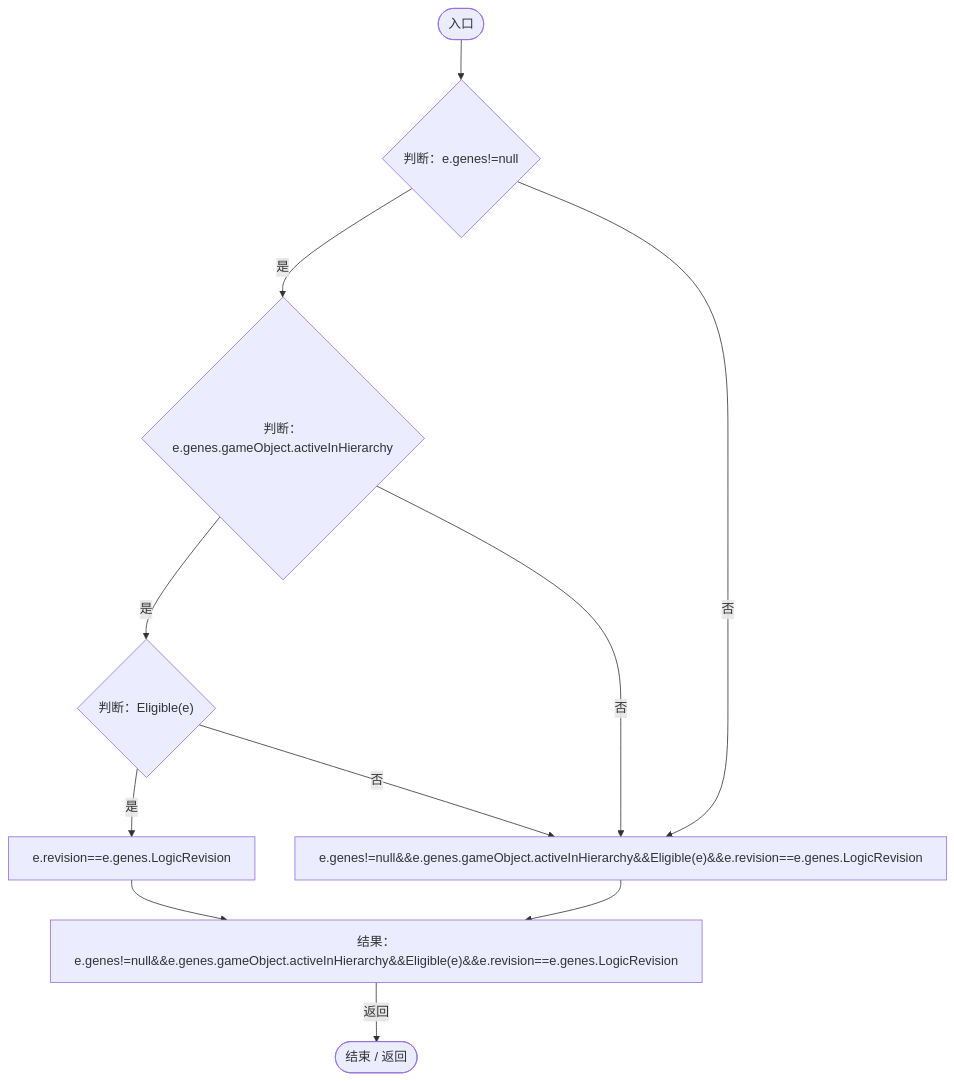
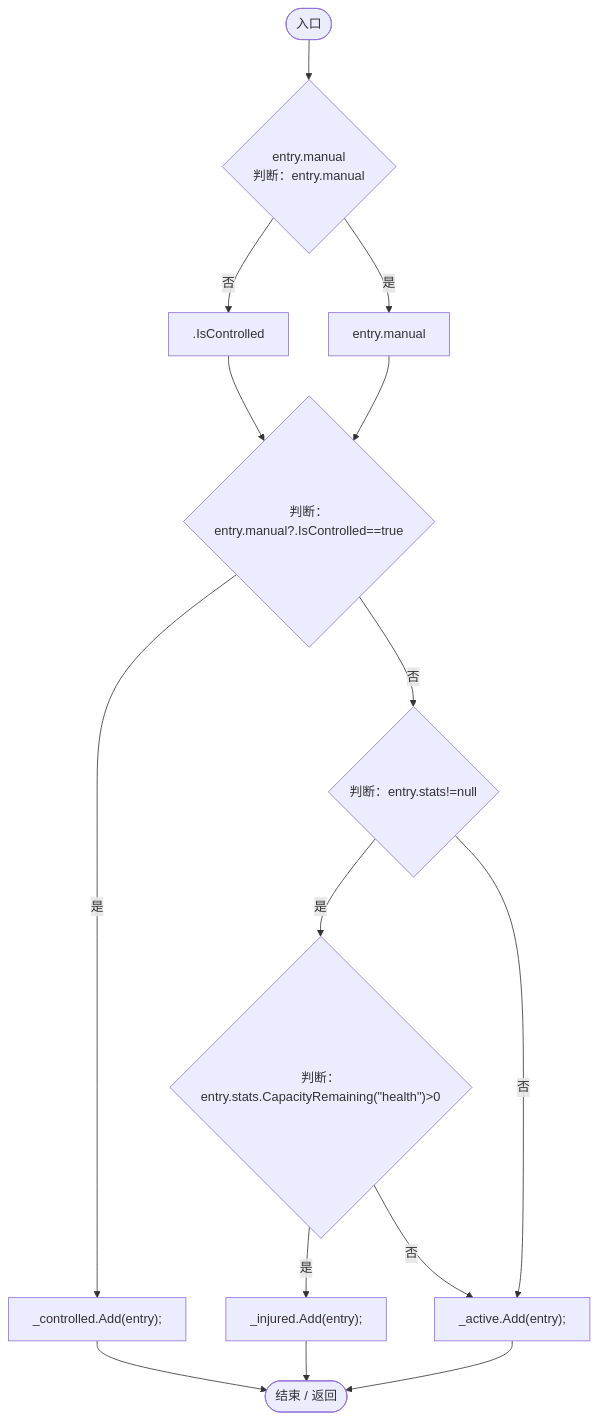
One commit to xhs6666/Darwin_paradise changed diagram 28 of 34 in Docs/运行流程图/脚本/465ccdbb260bcac2.md. Above: the diagram before and after it, drawn with Mermaid. The commit also changed other lines of this file and 30 other files, not shown here.

````diff
--- a/Docs/运行流程图/脚本/465ccdbb260bcac2.md
+++ b/Docs/运行流程图/脚本/465ccdbb260bcac2.md
@@ -902,22 +1151,29 @@
 ```mermaid
 flowchart TD
   b0(["入口"])
-  b1{"判断：e.genes!=null"}
-  b2{"判断：e.genes.gameObject.activeInHierarchy"}
-  b3{"判断：Eligible(e)"}
-  b4["e.revision==e.genes.LogicRevision"]
-  b5["e.genes!=null&amp;&amp;e.genes.gameObject.activeInHierarchy&amp;&amp;Eligible(e)&amp;&amp;e.revision==e.genes.LogicRevision"]
-  b6["结果：e.genes!=null&amp;&amp;e.genes.gameObject.activeInHierarchy&amp;&amp;Eligible(e)&amp;&amp;e.revision==e.genes.LogicRevision"]
-  b7(["结束 / 返回"])
+  b1{"entry.manual<br/>判断：entry.manual"}
+  b2[".IsControlled"]
+  b3["entry.manual"]
+  b4{"判断：entry.manual?.IsControlled==true"}
+  b5["_controlled.Add(entry);"]
+  b6{"判断：entry.stats!=null"}
+  b7{"判断：entry.stats.CapacityRemaining(&quot;health&quot;)&gt;0"}
+  b8["_injured.Add(entry);"]
+  b9["_active.Add(entry);"]
+  b10(["结束 / 返回"])
   b0 --> b1
-  b1 -->|"是"| b2
-  b1 -->|"否"| b5
-  b2 -->|"是"| b3
-  b2 -->|"否"| b5
-  b3 -->|"是"| b4
-  b3 -->|"否"| b5
-  b4 --> b6
-  b5 --> b6
-  b6 -->|"返回"| b7
+  b1 -->|"否"| b2
+  b1 -->|"是"| b3
+  b2 --> b4
+  b3 --> b4
+  b4 -->|"是"| b5
+  b4 -->|"否"| b6
+  b5 --> b10
+  b6 -->|"是"| b7
+  b6 -->|"否"| b9
+  b7 -->|"是"| b8
+  b7 -->|"否"| b9
+  b8 --> b10
+  b9 --> b10
 
 ```
````
